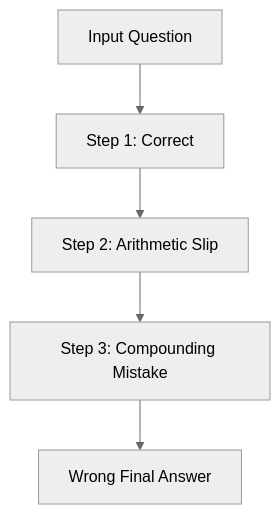
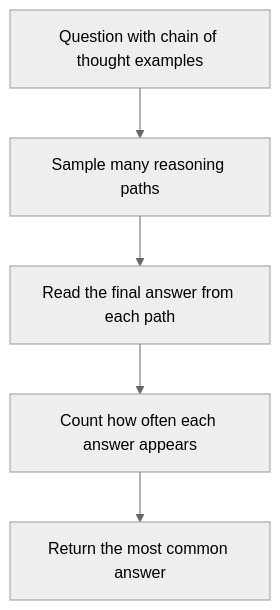
Before and after one commit to Tarunsai08/PaperStack: the diagram in content/papers/self-consistency-improves-chain-of-thought-reasoning-in-lang.md, drawn with Mermaid (neutral theme). The commit also changed other lines of this file and 7 other files, not shown here.

````diff
--- a/content/papers/self-consistency-improves-chain-of-thought-reasoning-in-lang.md
+++ b/content/papers/self-consistency-improves-chain-of-thought-reasoning-in-lang.md
@@ -95,7 +83,7 @@
 ```mermaid
 flowchart TD
-    Q1[Input Question] --> Step1[Step 1: Correct]
-    Step1 --> Step2[Step 2: Arithmetic Slip]
-    Step2 --> Step3[Step 3: Compounding Mistake]
-    Step3 --> BadAns[Wrong Final Answer]
+  A[Question with chain of thought examples] --> B[Sample many reasoning paths]
+  B --> C[Read the final answer from each path]
+  C --> D[Count how often each answer appears]
+  D --> E[Return the most common answer]
 ```
````
